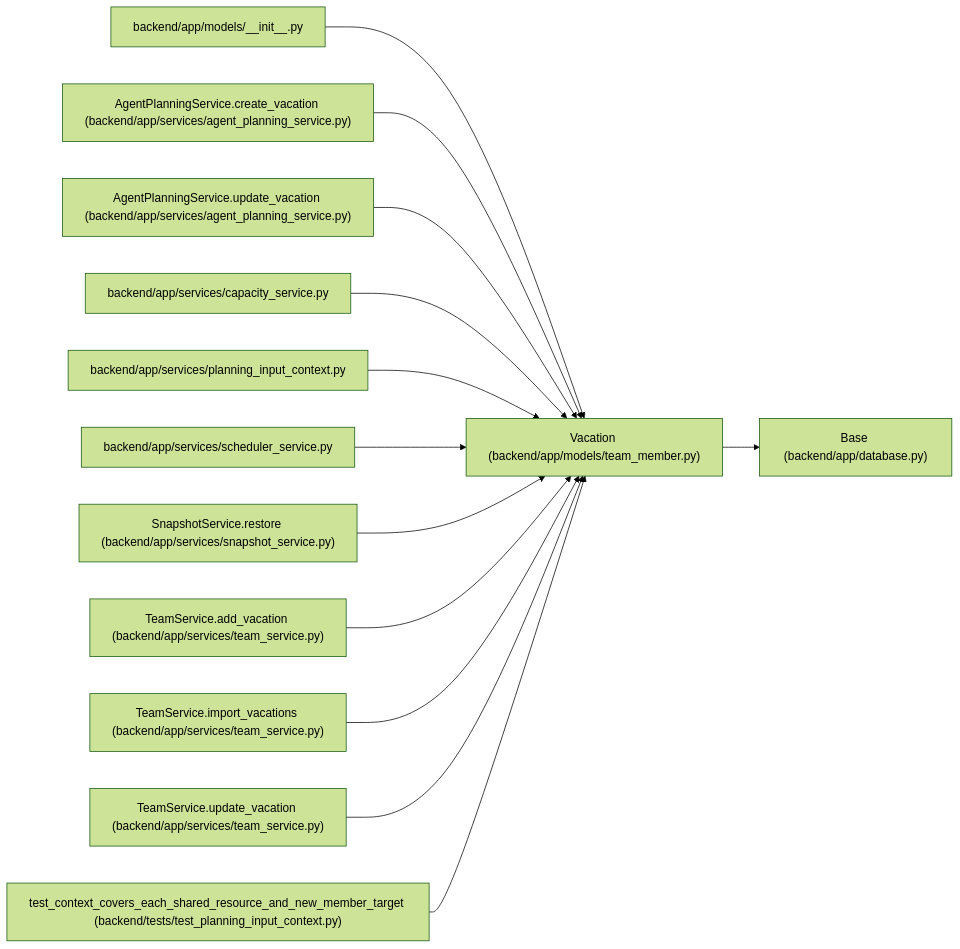
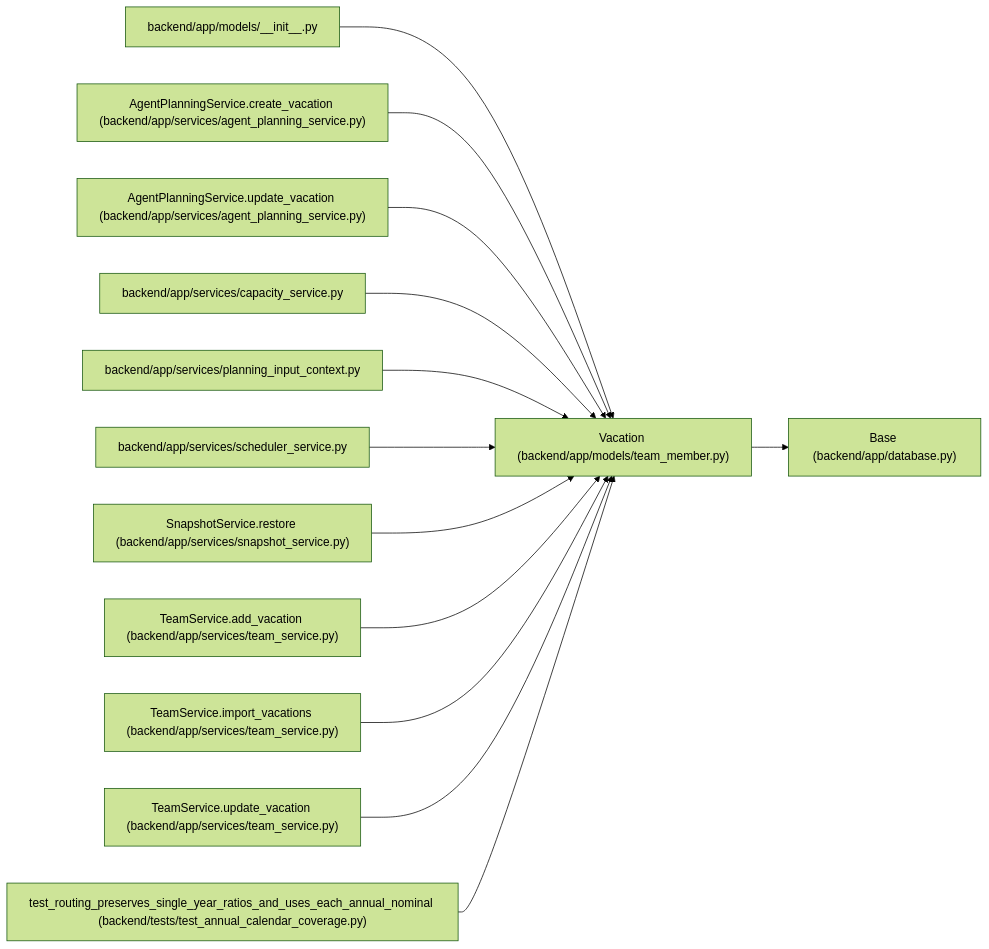
The diagram in docs/llm_wiki/entities/team_member_Vacation.md (Denissvgn/WorkChord), drawn with Mermaid (forest theme) before and after one commit. The commit also changed other lines of this file and 920 other files, not shown here.

````diff
--- a/docs/llm_wiki/entities/team_member_Vacation.md
+++ b/docs/llm_wiki/entities/team_member_Vacation.md
@@ -30,41 +30,41 @@
 ```mermaid
 flowchart LR
     n0["Vacation (backend/app/models/team_member.py)"]
     n1["Base (backend/app/database.py)"]
     n2["backend/app/models/__init__.py"]
     n3["AgentPlanningService.create_vacation (backend/app/services/agent_planning_service.py)"]
     n4["AgentPlanningService.update_vacation (backend/app/services/agent_planning_service.py)"]
     n5["backend/app/services/capacity_service.py"]
     n6["backend/app/services/planning_input_context.py"]
     n7["backend/app/services/scheduler_service.py"]
     n8["SnapshotService.restore (backend/app/services/snapshot_service.py)"]
     n9["TeamService.add_vacation (backend/app/services/team_service.py)"]
     n10["TeamService.import_vacations (backend/app/services/team_service.py)"]
     n11["TeamService.update_vacation (backend/app/services/team_service.py)"]
-    n12["test_context_covers_each_shared_resource_and_new_member_target (backend/tests/test_planning_input_context.py)"]
+    n12["test_routing_preserves_single_year_ratios_and_uses_each_annual_nominal (backend/tests/test_annual_calendar_coverage.py)"]
     n0 --> n1
     n2 --> n0
     n3 --> n0
     n4 --> n0
     n5 --> n0
     n6 --> n0
     n7 --> n0
     n8 --> n0
     n9 --> n0
     n10 --> n0
     n11 --> n0
     n12 --> n0
     click n0 "../modules/team_member.md"
     click n1 "../modules/app_database.md"
     click n2 "../modules/models___init__.md"
     click n3 "../modules/agent_planning_service.md"
     click n4 "../modules/agent_planning_service.md"
     click n5 "../modules/capacity_service.md"
     click n6 "../modules/planning_input_context.md"
     click n7 "../modules/scheduler_service.md"
     click n8 "../modules/snapshot_service.md"
     click n9 "../modules/team_service.md"
     click n10 "../modules/team_service.md"
     click n11 "../modules/team_service.md"
-    click n12 "../modules/test_planning_input_context.md"
+    click n12 "../modules/test_annual_calendar_coverage.md"
 ```
````
